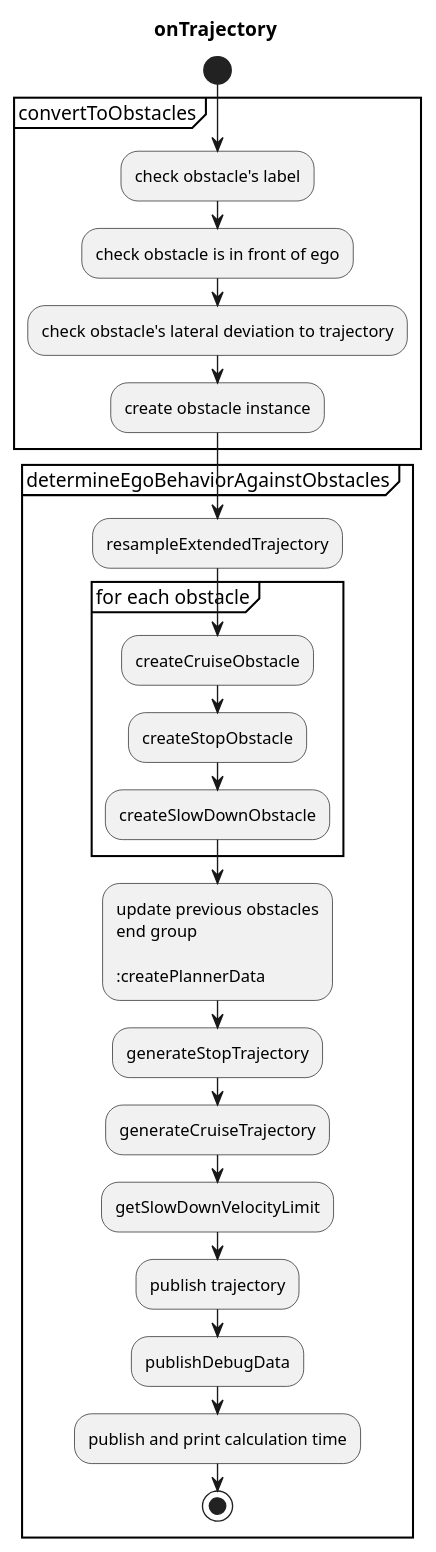
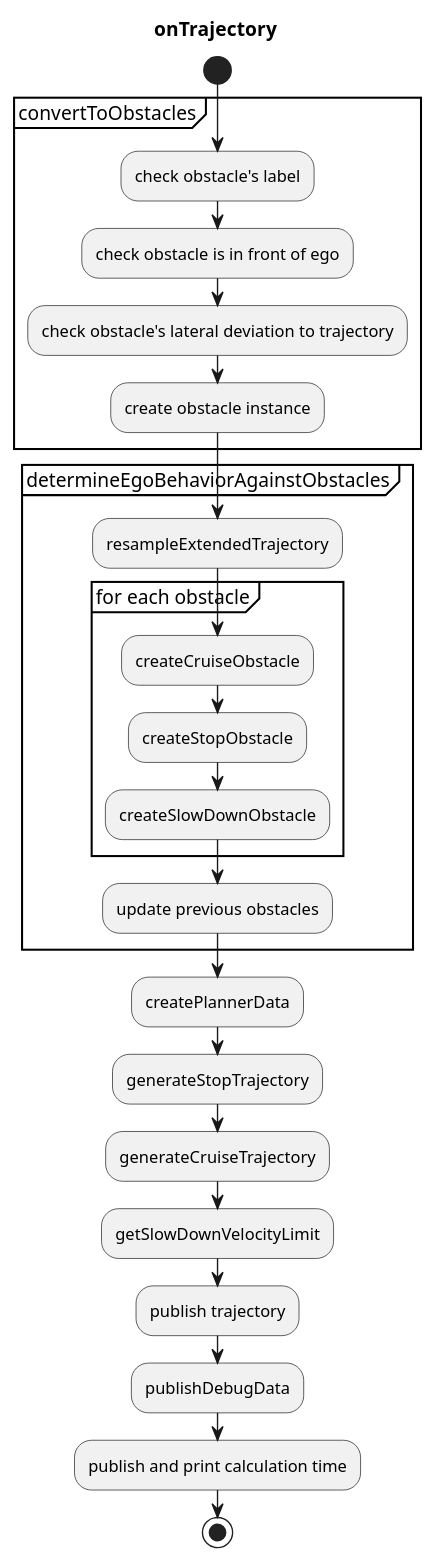
One commit to autowarefoundation/autoware.universe changed the diagram in planning/obstacle_cruise_planner/README.md. Above: the diagram before and after it, drawn with PlantUML. The commit also changed other lines of this file and 2 other files, not shown here.

````diff
--- a/planning/obstacle_cruise_planner/README.md
+++ b/planning/obstacle_cruise_planner/README.md
@@ -219,39 +219,39 @@
 ```plantuml
 @startuml
 title onTrajectory
 start
 
 group convertToObstacles
   :check obstacle's label;
   :check obstacle is in front of ego;
   :check obstacle's lateral deviation to trajectory;
   :create obstacle instance;
 end group
 
 group determineEgoBehaviorAgainstObstacles
   :resampleExtendedTrajectory;
   group for each obstacle
     :createCruiseObstacle;
     :createStopObstacle;
     :createSlowDownObstacle;
   end group
-  :update previous obstacles
+  :update previous obstacles;
 end group
 
 :createPlannerData;
 
 :generateStopTrajectory;
 
 :generateCruiseTrajectory;
 
 :getSlowDownVelocityLimit;
 
 :publish trajectory;
 
 :publishDebugData;
 
 :publish and print calculation time;
 
 stop
 @enduml
 ```
````
